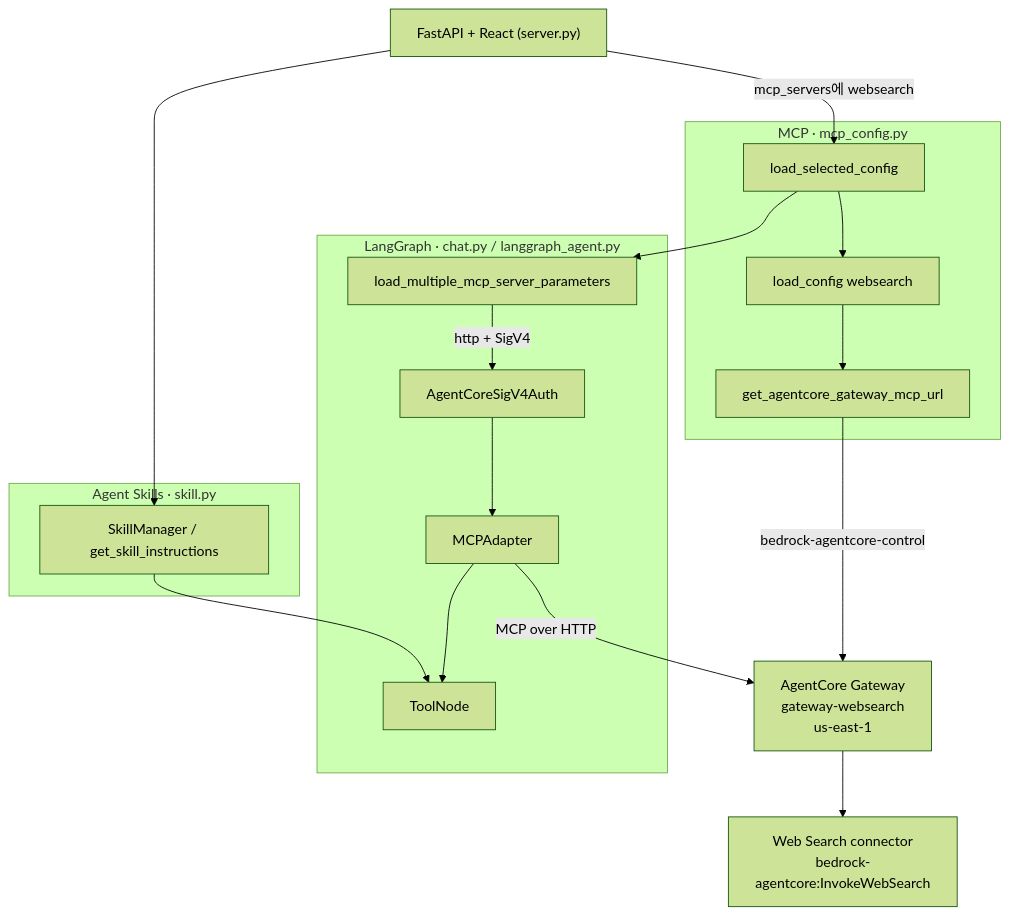
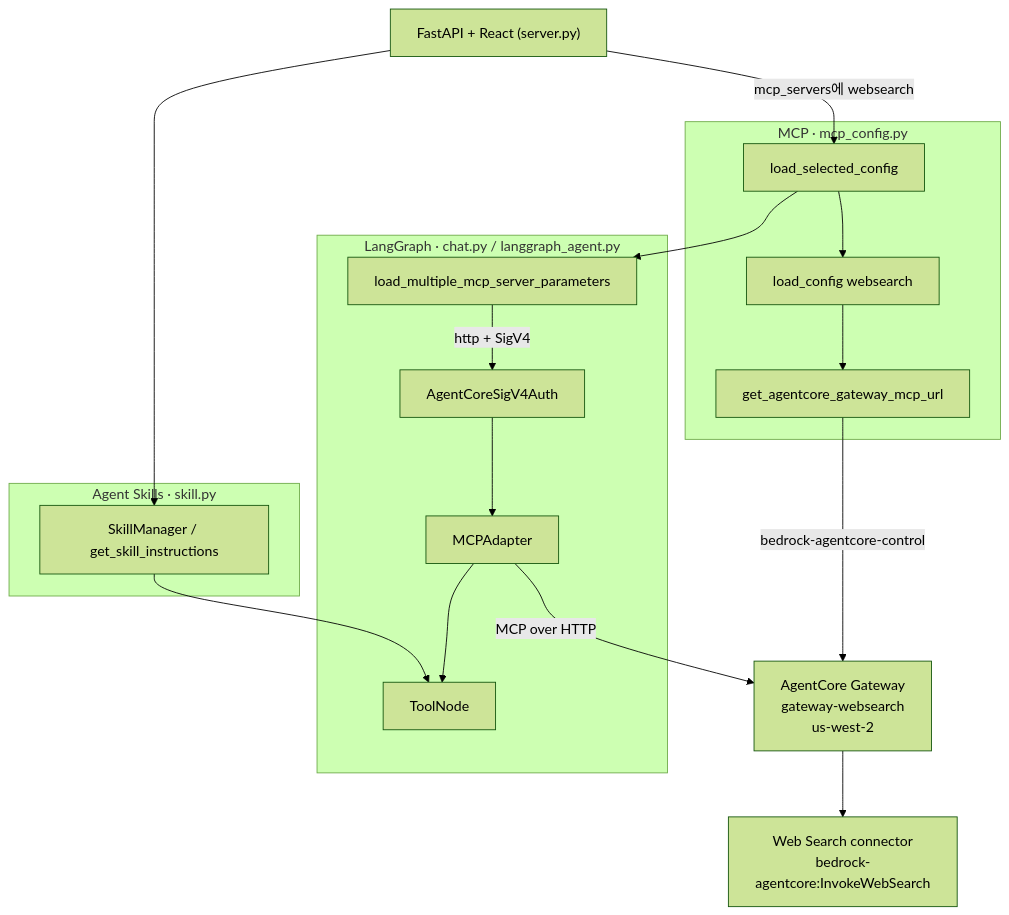
Before and after one commit to kyopark2014/agent-skills: the second of 3 diagrams in websearch.md, drawn with Mermaid (forest theme). The commit also changed other lines of this file and 5 other files, not shown here.

First line of the commit message:
Move AgentCore websearch gateway defaults to us-west-2.

````diff
--- a/websearch.md
+++ b/websearch.md
@@ -142,38 +142,38 @@
 ```mermaid
 flowchart TB
   UI["FastAPI + React (server.py)"]
 
   subgraph Skills["Agent Skills · skill.py"]
     SK[SkillManager / get_skill_instructions]
   end
 
   subgraph MCP["MCP · mcp_config.py"]
     LC[load_config websearch]
     GURL[get_agentcore_gateway_mcp_url]
     LSC[load_selected_config]
   end
 
   subgraph LG["LangGraph · chat.py / langgraph_agent.py"]
     LMS[load_multiple_mcp_server_parameters]
     AUTH[AgentCoreSigV4Auth]
     MSC[MCPAdapter]
     TN[ToolNode]
   end
 
-  GW["AgentCore Gateway\ngateway-websearch\nus-east-1"]
+  GW["AgentCore Gateway\ngateway-websearch\nus-west-2"]
   WS["Web Search connector\nbedrock-agentcore:InvokeWebSearch"]
 
   UI -->|mcp_servers에 websearch| LSC
   UI --> SK
   LSC --> LC
   LC --> GURL
   GURL -->|bedrock-agentcore-control| GW
 
   LSC --> LMS
   LMS -->|http + SigV4| AUTH
   AUTH --> MSC
   MSC -->|MCP over HTTP| GW
   GW --> WS
   MSC --> TN
   SK --> TN
 ```
````
